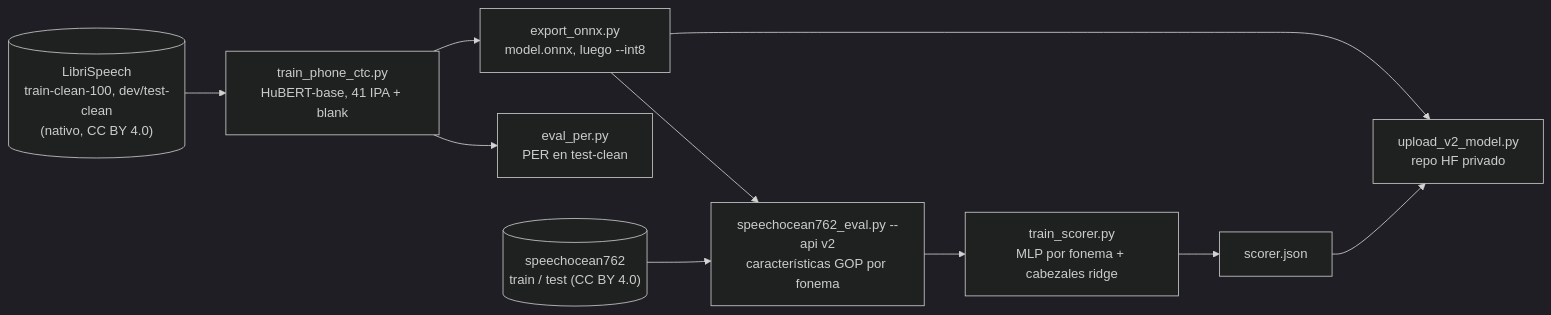
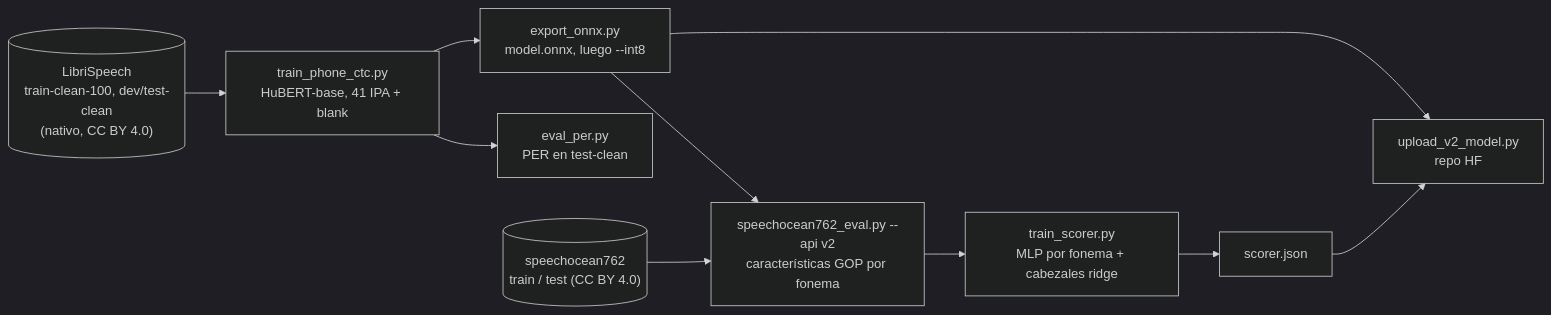
Before and after one commit to dris1153/pronunciation-service: the diagram in languages/es/docs/training.md, drawn with Mermaid (dark theme). The commit also changed other lines of this file and 40 other files, not shown here.

````diff
--- a/languages/es/docs/training.md
+++ b/languages/es/docs/training.md
@@ -9,12 +9,12 @@
 ```mermaid
 flowchart LR
     ls[("LibriSpeech<br/>train-clean-100, dev/test-clean<br/>(nativo, CC BY 4.0)")] --> ph["train_phone_ctc.py<br/>HuBERT-base, 41 IPA + blank"]
     ph --> per["eval_per.py<br/>PER en test-clean"]
     ph --> ex["export_onnx.py<br/>model.onnx, luego --int8"]
     so[("speechocean762<br/>train / test (CC BY 4.0)")] --> feat["speechocean762_eval.py --api v2<br/>características GOP por fonema"]
     ex --> feat
     feat --> sc["train_scorer.py<br/>MLP por fonema + cabezales ridge"]
     sc --> js["scorer.json"]
-    ex --> up["upload_v2_model.py<br/>repo HF privado"]
+    ex --> up["upload_v2_model.py<br/>repo HF"]
     js --> up
 ```
````
